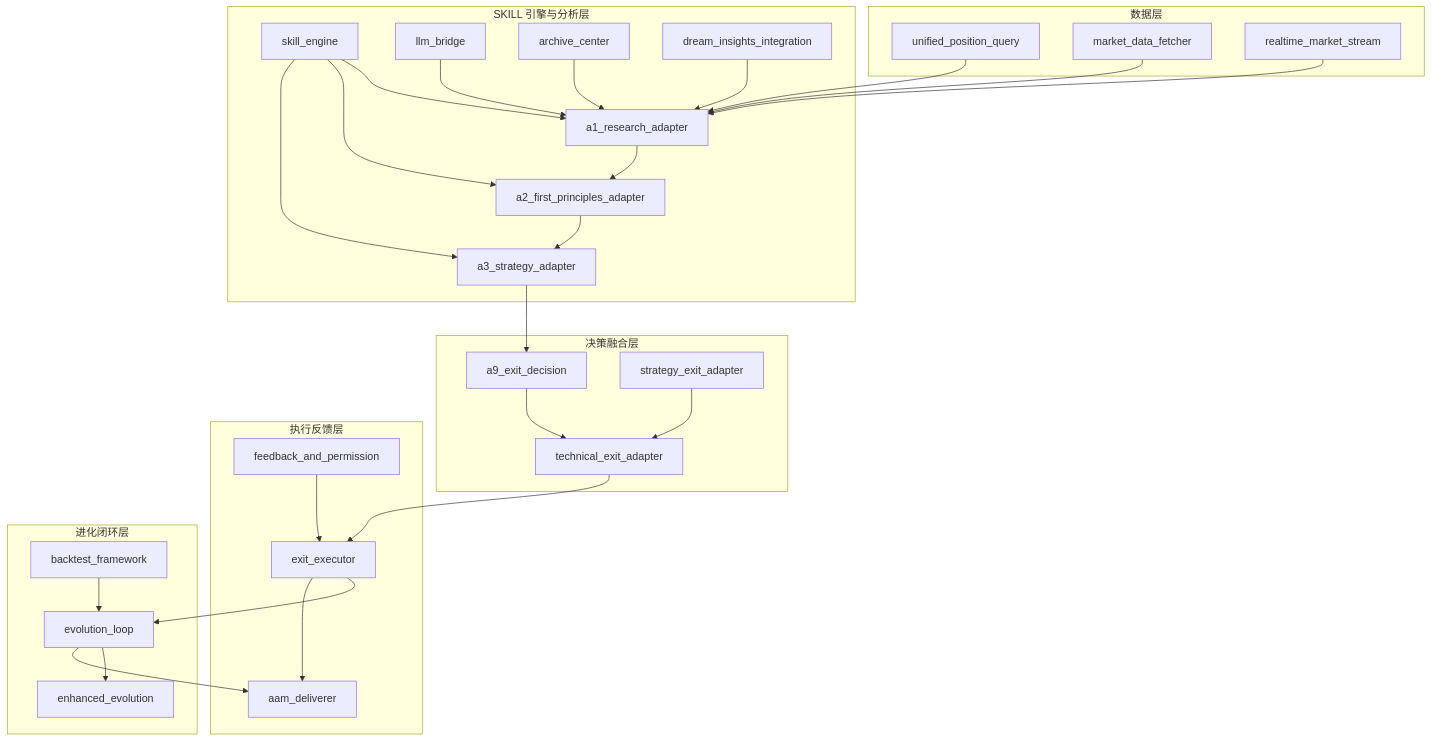
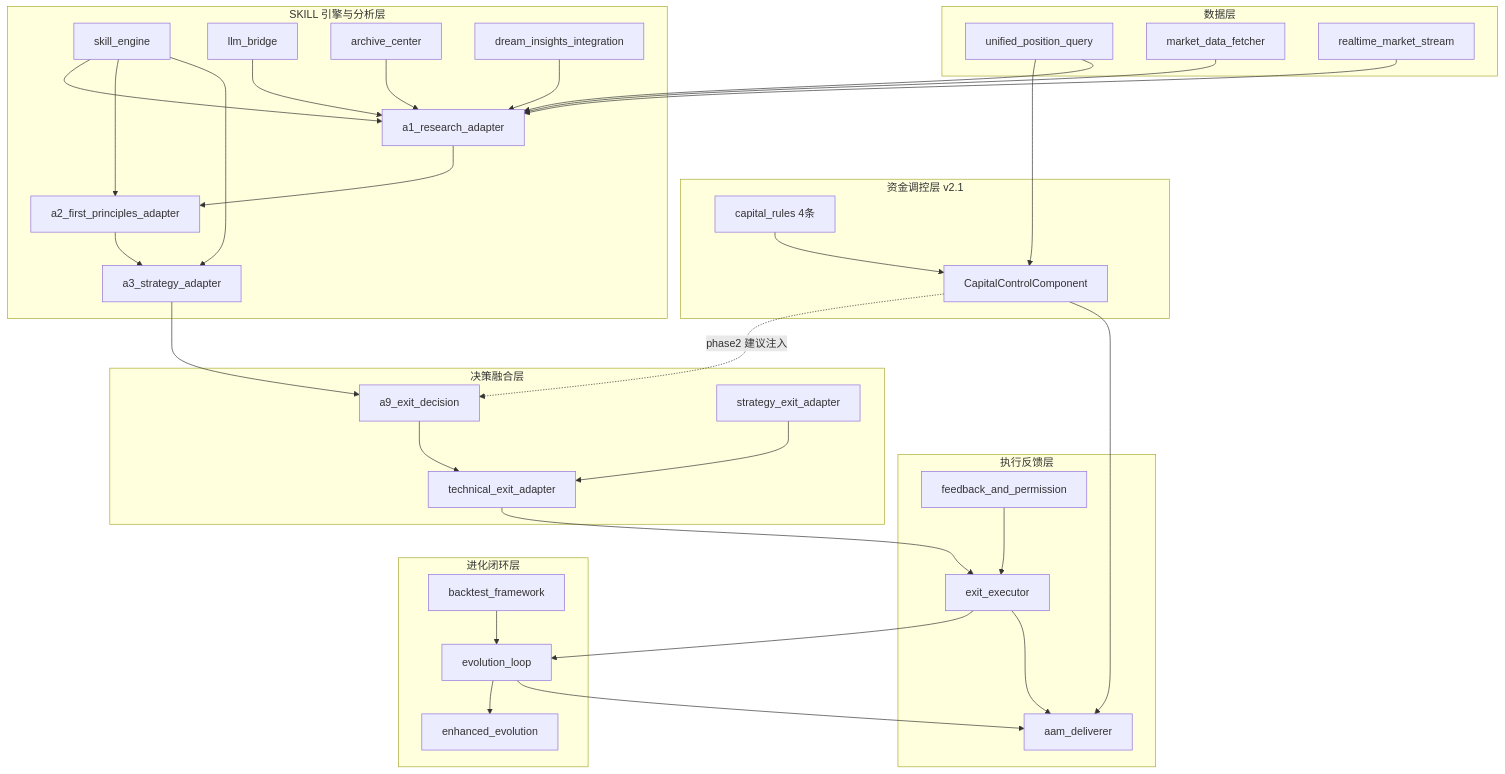
One commit to yunya1991/Dreambuddy-V2 changed the diagram in 16-调控系统/docs/TECHNICAL_DESIGN.md. Above: the diagram before and after it, drawn with Mermaid. The commit also changed other lines of this file and 68 other files, not shown here.

````diff
--- a/16-调控系统/docs/TECHNICAL_DESIGN.md
+++ b/16-调控系统/docs/TECHNICAL_DESIGN.md
@@ -130,54 +150,62 @@
 ```mermaid
 graph TD
     subgraph L1[数据层]
         UPQ[unified_position_query]
         MDF[market_data_fetcher]
         RMS[realtime_market_stream]
+    end
+    subgraph L15[资金调控层 v2.1]
+        CCC[CapitalControlComponent]
+        CR[capital_rules 4条]
     end
     subgraph L2[SKILL 引擎与分析层]
         SE[skill_engine]
         LLB[llm_bridge]
         A1[a1_research_adapter]
         A2[a2_first_principles_adapter]
         A3[a3_strategy_adapter]
         AC[archive_center]
         DI[dream_insights_integration]
     end
     subgraph L3[决策融合层]
         A9[a9_exit_decision]
         TEA[technical_exit_adapter]
         SEA[strategy_exit_adapter]
     end
     subgraph L4[执行反馈层]
         EE[exit_executor]
         FAP[feedback_and_permission]
         AAM[aam_deliverer]
     end
     subgraph L5[进化闭环层]
         EL[evolution_loop]
         EEV[enhanced_evolution]
         BF[backtest_framework]
     end
 
+    UPQ --> CCC
+    CR --> CCC
     UPQ --> A1
     MDF --> A1
     RMS --> A1
     SE --> A1
     SE --> A2
     SE --> A3
     LLB --> A1
     AC --> A1
     DI --> A1
     A1 --> A2
     A2 --> A3
     A3 --> A9
+    CCC -.phase2 建议注入.-> A9
     A9 --> TEA
     SEA --> TEA
     TEA --> EE
     FAP --> EE
     EE --> EL
     EL --> EEV
     BF --> EL
     EE --> AAM
     EL --> AAM
+    CCC --> AAM
 ```
````
